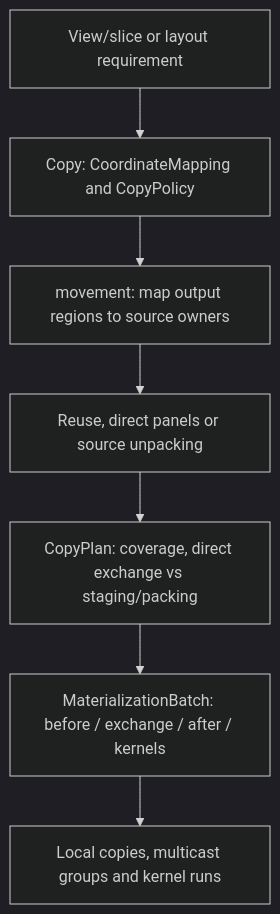
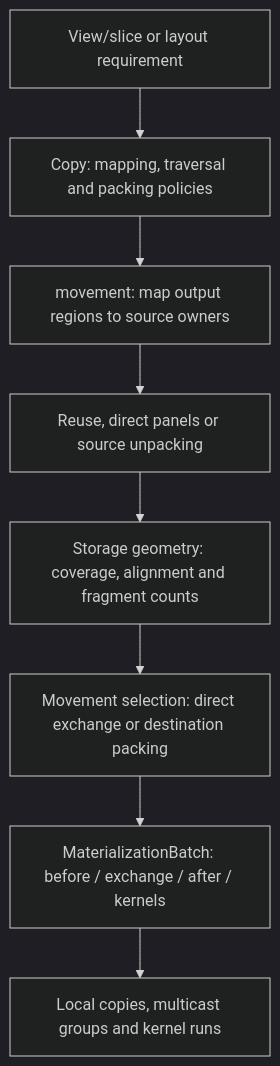
Before and after one commit to osmarks/ipu-stack: the third of 3 diagrams in docs/COMPILER_DATA_FLOW.md, drawn with Mermaid (dark theme). The commit also changed other lines of this file and 33 other files, not shown here.

Commit message:
Separate copy geometry from destination packing policy

````diff
--- a/docs/COMPILER_DATA_FLOW.md
+++ b/docs/COMPILER_DATA_FLOW.md
@@ -175,9 +175,10 @@
 ```mermaid
 flowchart TD
-  V[View/slice or layout requirement] --> C[Copy: CoordinateMapping and CopyPolicy]
+  V[View/slice or layout requirement] --> C[Copy: mapping, traversal and packing policies]
   C --> M[movement: map output regions to source owners]
   M --> U[Reuse, direct panels or source unpacking]
-  U --> P[CopyPlan: coverage, direct exchange vs staging/packing]
+  U --> G[Storage geometry: coverage, alignment and fragment counts]
+  G --> P[Movement selection: direct exchange or destination packing]
   P --> Q[MaterializationBatch: before / exchange / after / kernels]
   Q --> X[Local copies, multicast groups and kernel runs]
 ```
````
